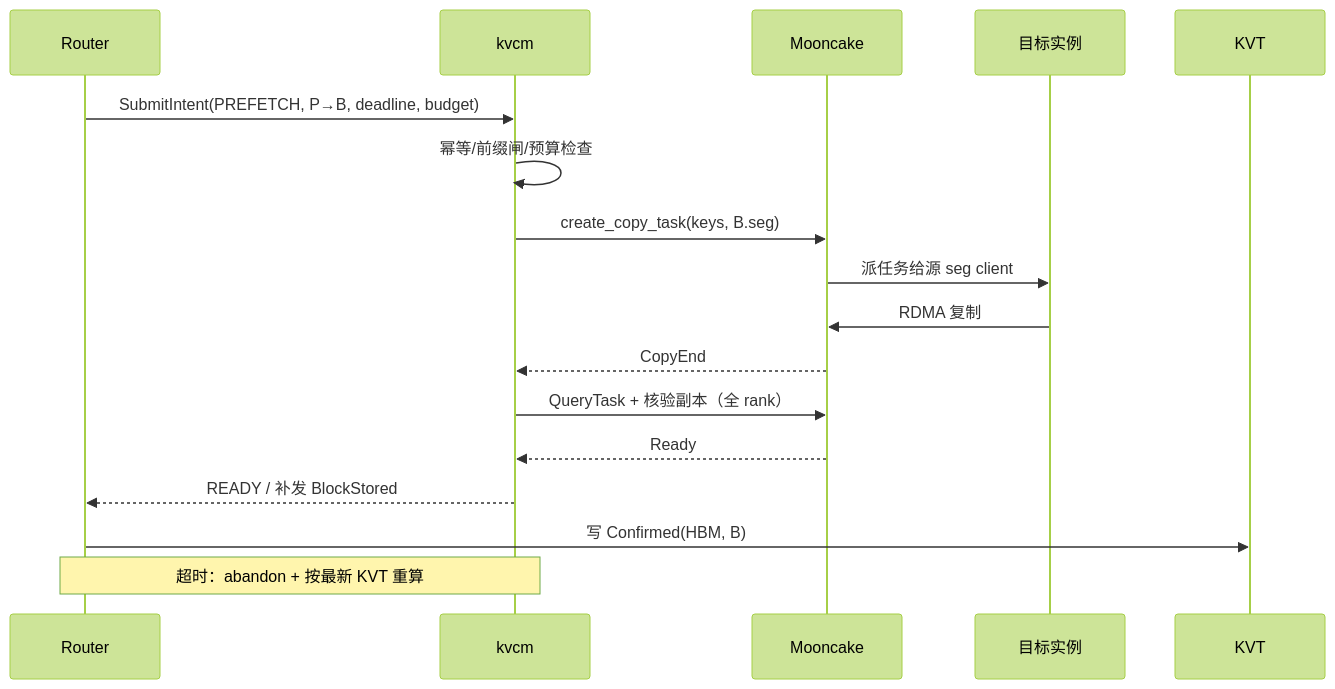
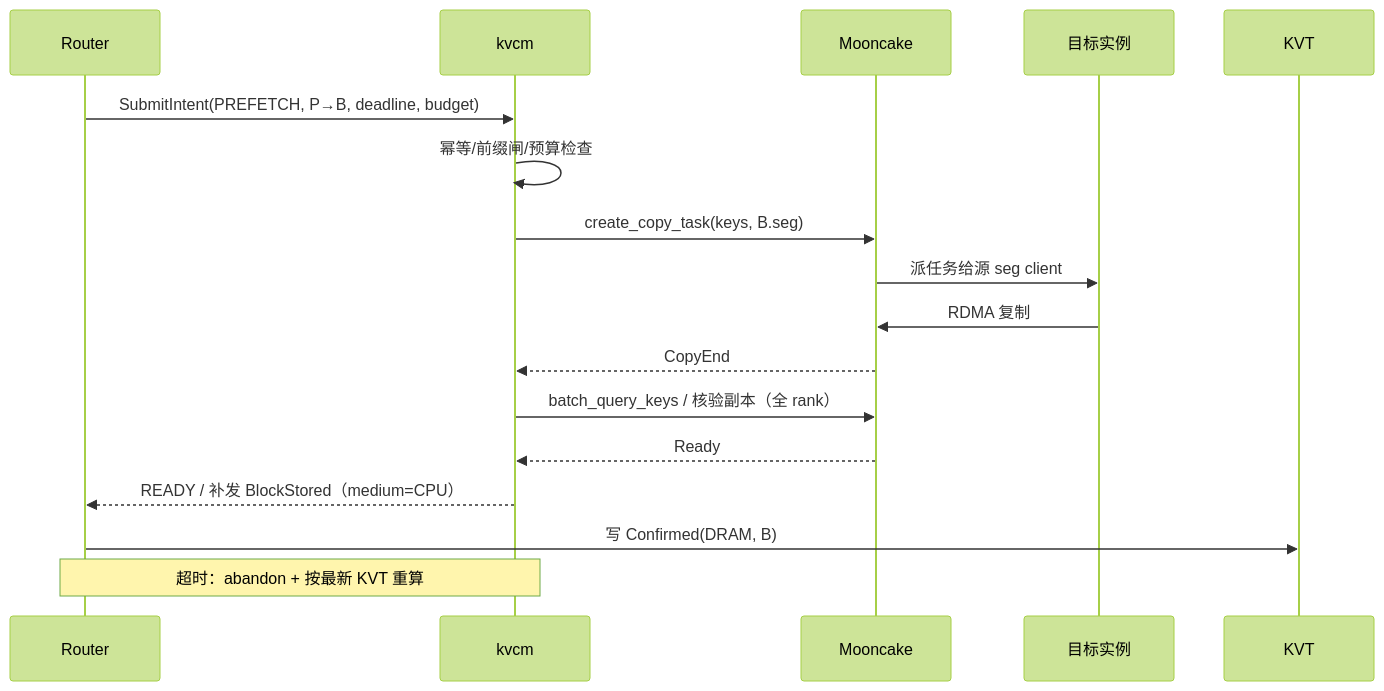
One commit to 5x8-40/lake changed the third of 10 diagrams in kvcm/design/flows/scheduling.md. Above: the diagram before and after it, drawn with Mermaid (forest theme). The commit also changed other lines of this file and 5 other files, not shown here.

````diff
--- a/kvcm/design/flows/scheduling.md
+++ b/kvcm/design/flows/scheduling.md
@@ -64,20 +71,20 @@
 ```mermaid
 sequenceDiagram
     participant R as Router
     participant K as kvcm
     participant M as Mooncake
     participant W as 目标实例
     participant KVT as KVT
 
     R->>K: SubmitIntent(PREFETCH, P→B, deadline, budget)
     K->>K: 幂等/前缀闸/预算检查
     K->>M: create_copy_task(keys, B.seg)
     M->>W: 派任务给源 seg client
     W->>M: RDMA 复制
     M-->>K: CopyEnd
-    K->>M: QueryTask + 核验副本（全 rank）
+    K->>M: batch_query_keys / 核验副本（全 rank）
     M-->>K: Ready
-    K-->>R: READY / 补发 BlockStored
-    R->>KVT: 写 Confirmed(HBM, B)
+    K-->>R: READY / 补发 BlockStored（medium=CPU）
+    R->>KVT: 写 Confirmed(DRAM, B)
     Note over R,K: 超时：abandon + 按最新 KVT 重算
 ```
````
